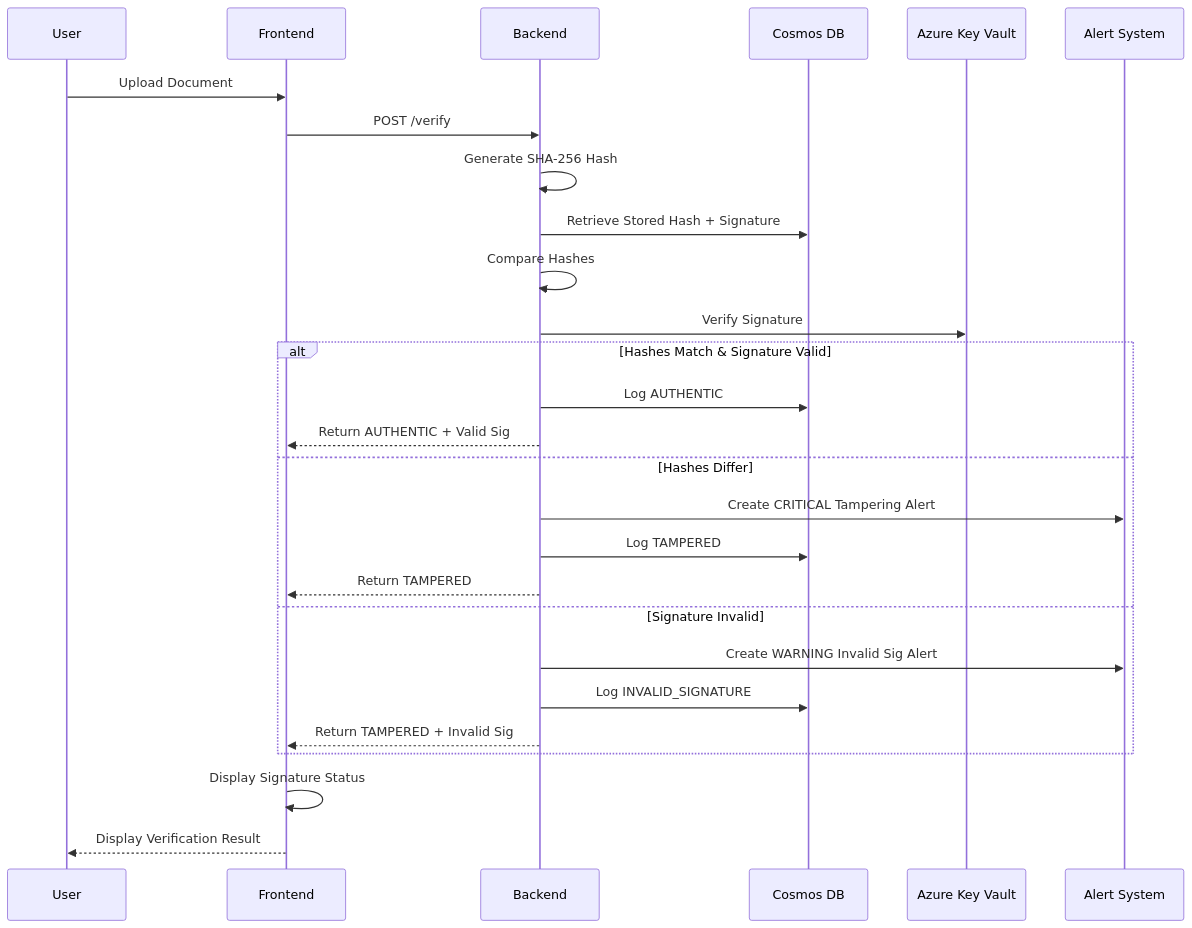
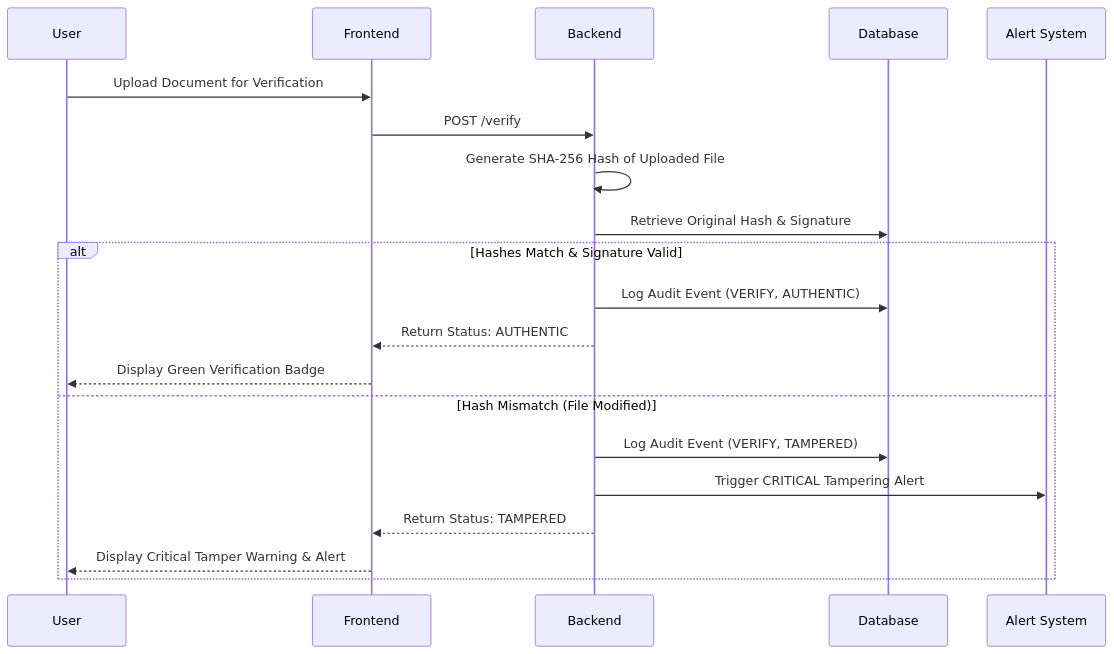
One commit to Jatin-code16/varitydoc changed the third of 3 diagrams in README.md. Above: the diagram before and after it, drawn with Mermaid. The commit also changed other lines of this file and 38 other files, not shown here.

````diff
--- a/README.md
+++ b/README.md
@@ -237,23 +105,17 @@
 ```mermaid
 sequenceDiagram
-    User->>Frontend: Upload Document
+    User->>Frontend: Upload Document for Verification
     Frontend->>Backend: POST /verify
-    Backend->>Backend: Generate SHA-256 Hash
-    Backend->>Cosmos DB: Retrieve Stored Hash + Signature
-    Backend->>Backend: Compare Hashes
-    Backend->>Azure Key Vault: Verify Signature
+    Backend->>Backend: Generate SHA-256 Hash of Uploaded File
+    Backend->>Database: Retrieve Original Hash & Signature
     alt Hashes Match & Signature Valid
-        Backend->>Cosmos DB: Log AUTHENTIC
-        Backend-->>Frontend: Return AUTHENTIC + Valid Sig
-    else Hashes Differ
-        Backend->>Alert System: Create CRITICAL Tampering Alert
-        Backend->>Cosmos DB: Log TAMPERED
-        Backend-->>Frontend: Return TAMPERED
-    else Signature Invalid
-        Backend->>Alert System: Create WARNING Invalid Sig Alert
-        Backend->>Cosmos DB: Log INVALID_SIGNATURE
-        Backend-->>Frontend: Return TAMPERED + Invalid Sig
+        Backend->>Database: Log Audit Event (VERIFY, AUTHENTIC)
+        Backend-->>Frontend: Return Status: AUTHENTIC
+        Frontend-->>User: Display Green Verification Badge
+    else Hash Mismatch (File Modified)
+        Backend->>Database: Log Audit Event (VERIFY, TAMPERED)
+        Backend->>Alert System: Trigger CRITICAL Tampering Alert
+        Backend-->>Frontend: Return Status: TAMPERED
+        Frontend-->>User: Display Critical Tamper Warning & Alert
     end
-    Frontend->>Frontend: Display Signature Status
-    Frontend-->>User: Display Verification Result
 ```
````
